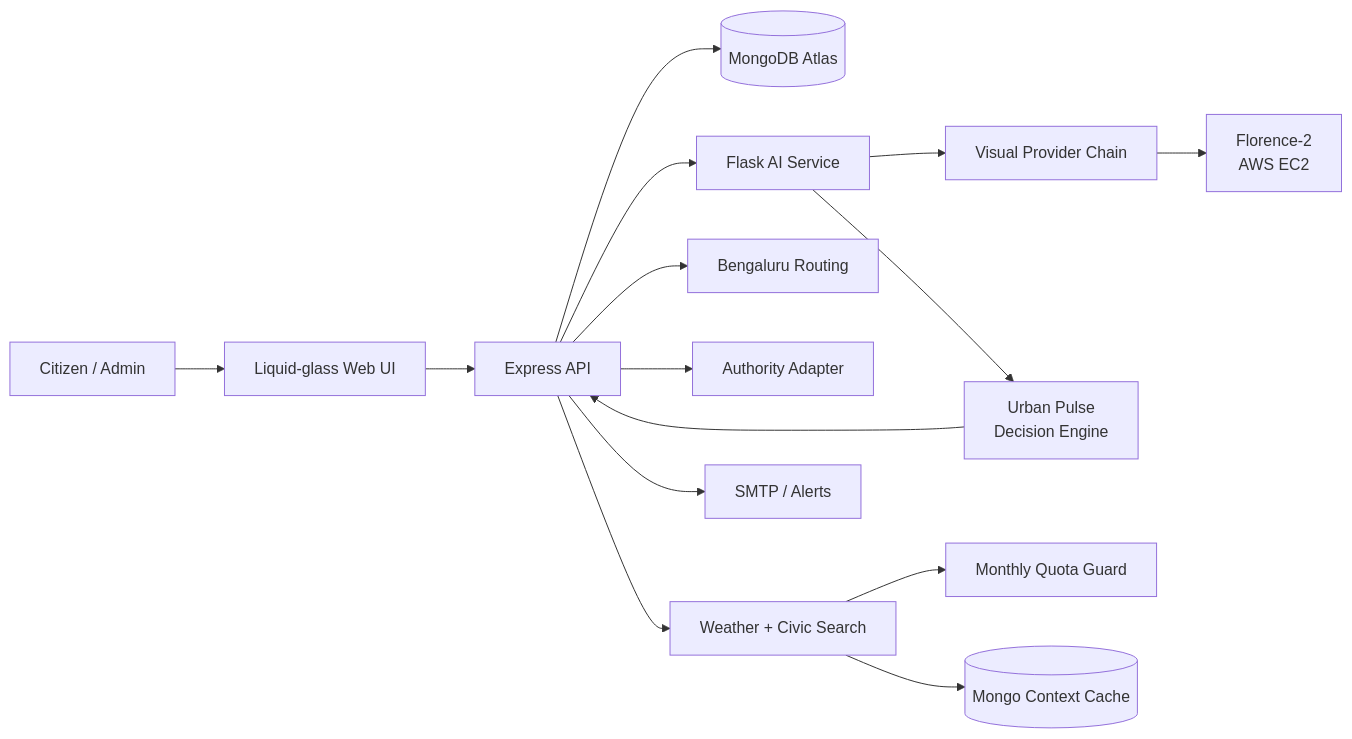
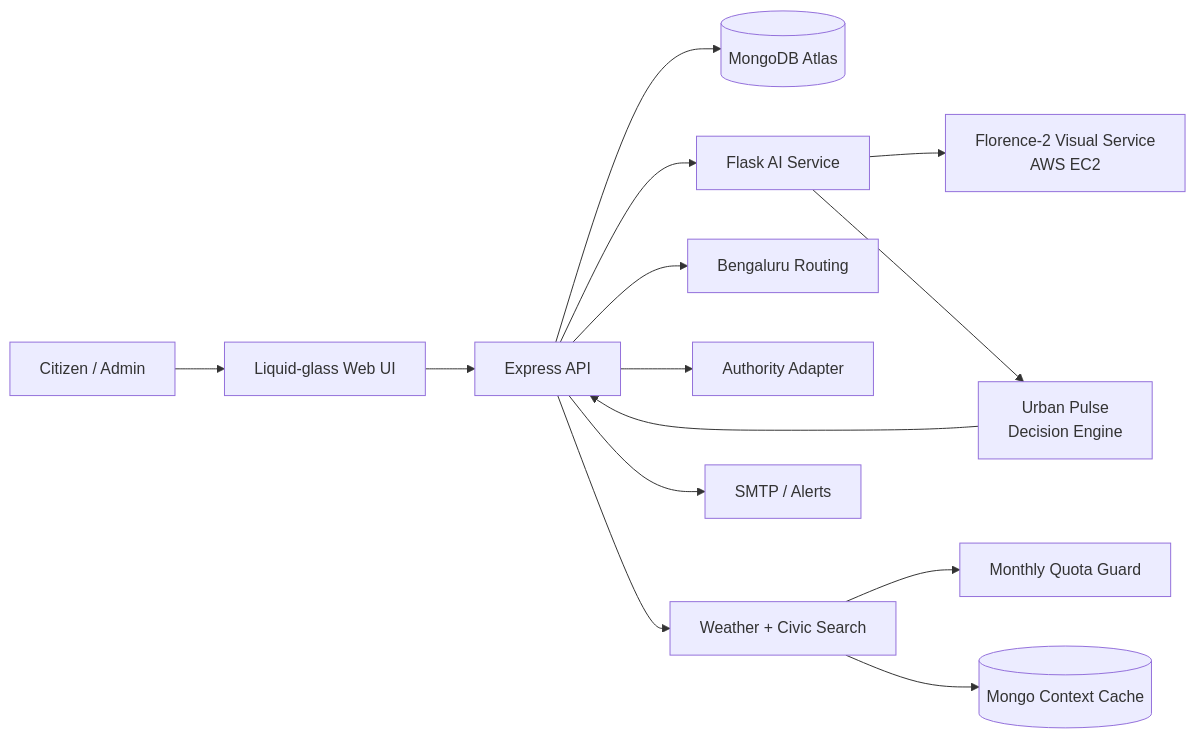
The first of 2 diagrams in README.md (Shreyas0047/Ai-powered-Smart-Community-Problem-Detection), drawn with Mermaid before and after one commit. The commit also changed other lines of this file and 1 other file, not shown here.

```diff
--- a/README.md
+++ b/README.md
@@ -139,17 +139,16 @@
 ~~~mermaid
 flowchart LR
     Citizen[Citizen / Admin] --> UI[Liquid-glass Web UI]
     UI --> API[Express API]
     API --> DB[(MongoDB Atlas)]
     API --> AI[Flask AI Service]
-    AI --> Vision[Visual Provider Chain]
-    Vision --> Florence[Florence-2<br/>AWS EC2]
+    AI --> Florence[Florence-2 Visual Service<br/>AWS EC2]
     AI --> Decision[Urban Pulse<br/>Decision Engine]
     Decision --> API
     API --> Route[Bengaluru Routing]
     API --> Authority[Authority Adapter]
     API --> Context[Weather + Civic Search]
     Context --> Quota[Monthly Quota Guard]
     Context --> Cache[(Mongo Context Cache)]
     API --> Mail[SMTP / Alerts]
 ~~~
```
